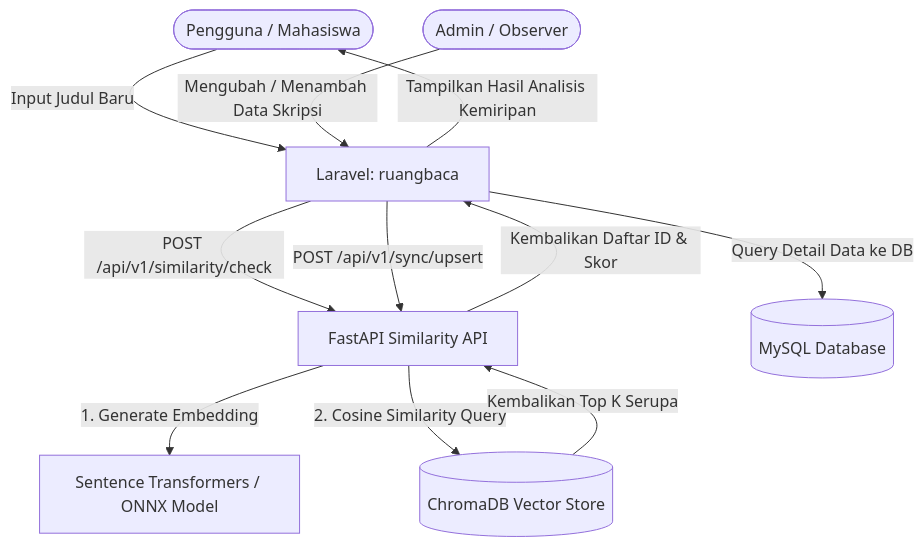
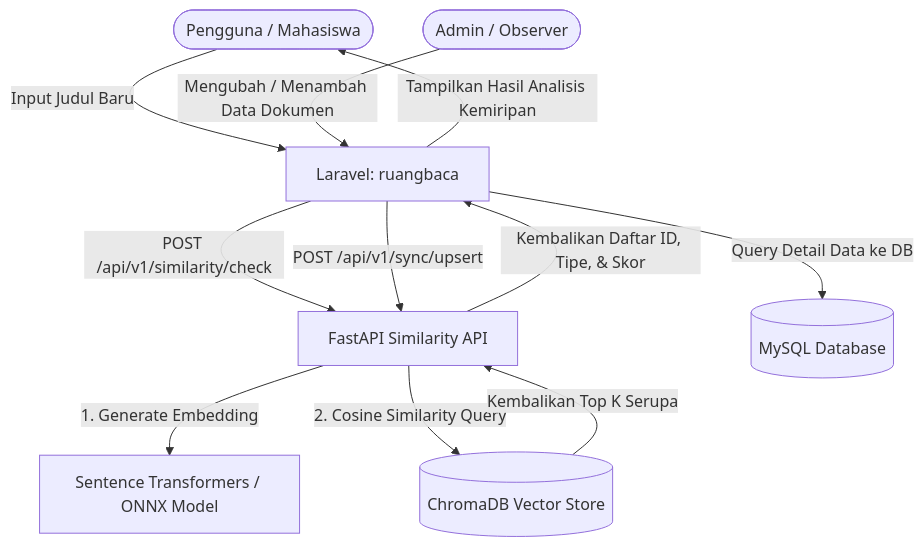
The diagram in README.md (ghiyatsa/ruangbaca-similarity), drawn with Mermaid before and after one commit. The commit also changed other lines of this file, not shown here.

````diff
--- a/README.md
+++ b/README.md
@@ -40,18 +40,18 @@
 ```mermaid
 graph TD
     User([Pengguna / Mahasiswa]) -->|Input Judul Baru| Laravel[Laravel: ruangbaca]
     Laravel -->|POST /api/v1/similarity/check| FastAPI[FastAPI Similarity API]
     
     FastAPI -->|1. Generate Embedding| Model[Sentence Transformers / ONNX Model]
     FastAPI -->|2. Cosine Similarity Query| ChromaDB[(ChromaDB Vector Store)]
     
     ChromaDB -->|Kembalikan Top K Serupa| FastAPI
-    FastAPI -->|Kembalikan Daftar ID & Skor| Laravel
+    FastAPI -->|Kembalikan Daftar ID, Tipe, & Skor| Laravel
     
     Laravel -->|Query Detail Data ke DB| MySQL[(MySQL Database)]
     Laravel -->|Tampilkan Hasil Analisis Kemiripan| User
     
     %% Alur Sinkronisasi (Data Sync)
-    Admin([Admin / Observer]) -->|Mengubah / Menambah Data Skripsi| Laravel
+    Admin([Admin / Observer]) -->|Mengubah / Menambah Data Dokumen| Laravel
     Laravel -->|POST /api/v1/sync/upsert| FastAPI
 ```
````
